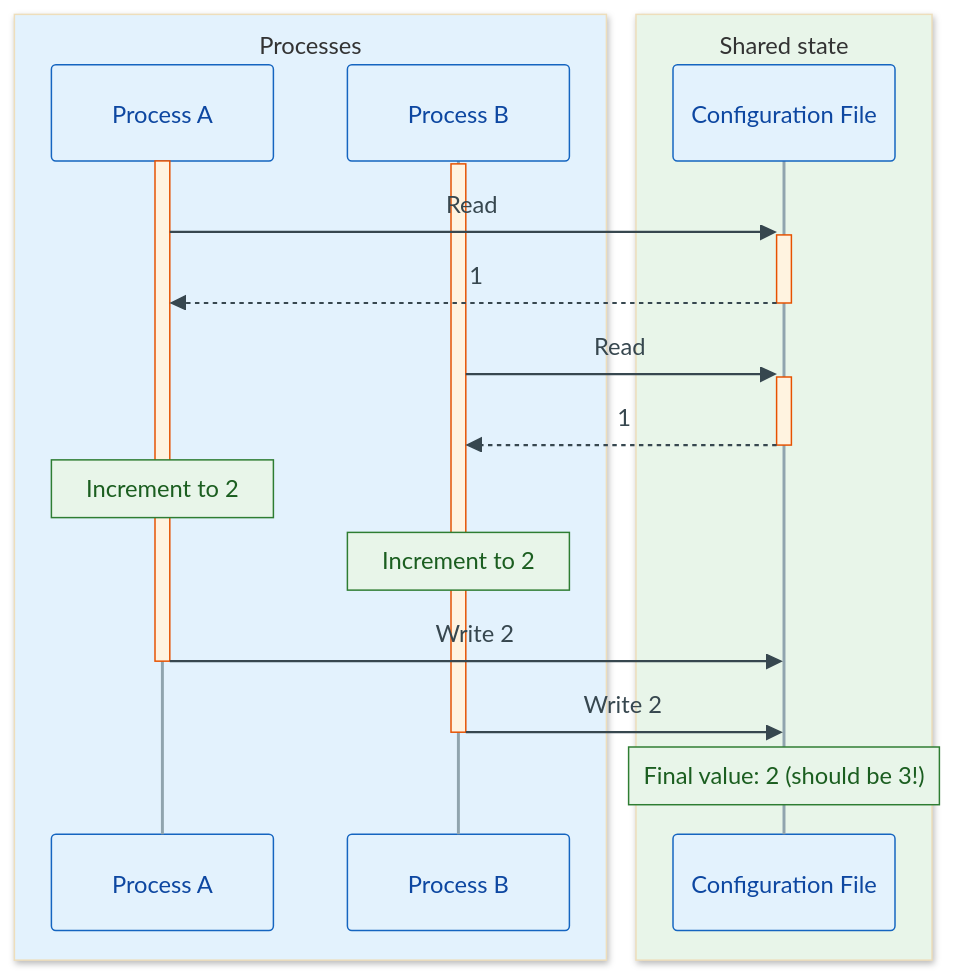
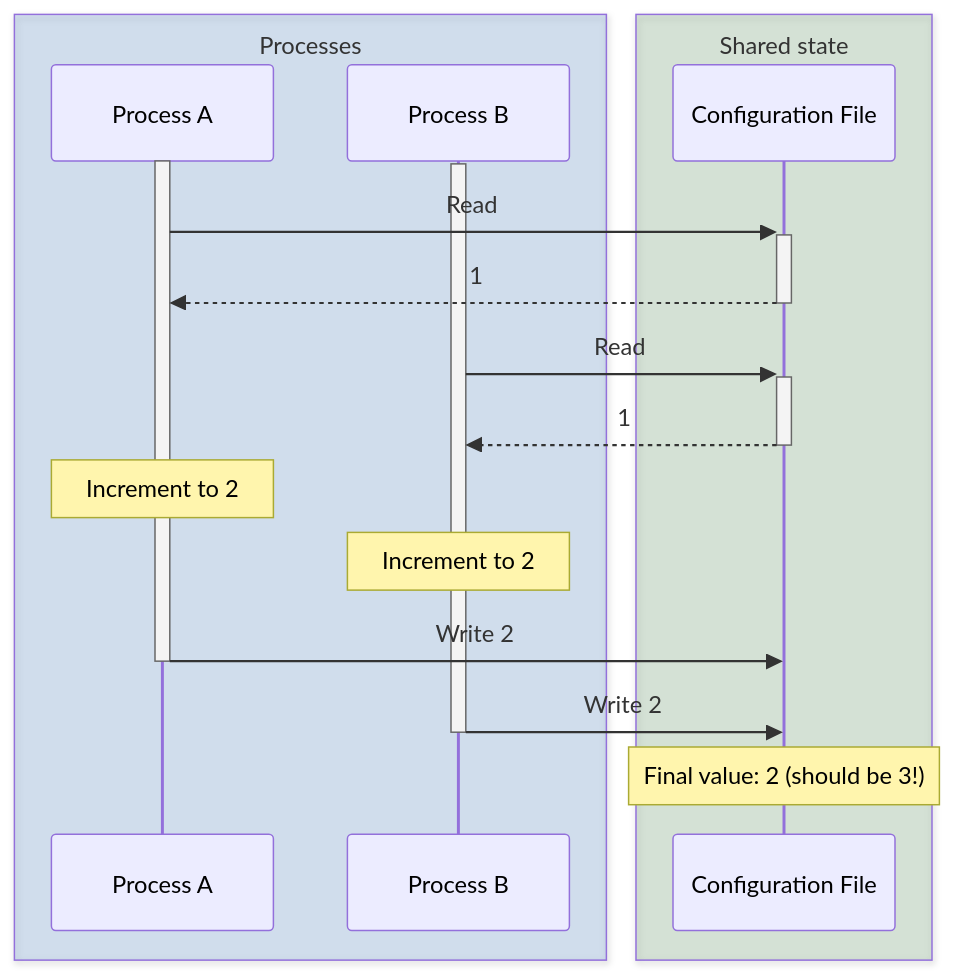
The first of 4 diagrams in docs/concepts.rst (tox-dev/filelock), drawn with Mermaid before and after one commit. The commit also changed other lines of this file and 5 other files, not shown here.

```diff
--- a/docs/concepts.rst
+++ b/docs/concepts.rst
@@ -17,24 +17,23 @@
 .. mermaid::
 
-    %%{init: {'theme':'base','themeVariables':{'actorBkg':'#e3f2fd','actorBorder':'#1565c0','actorTextColor':'#0d47a1','actorLineColor':'#90a4ae','activationBkgColor':'#fff3e0','activationBorderColor':'#e65100','noteBkgColor':'#e8f5e9','noteBorderColor':'#2e7d32','noteTextColor':'#1b5e20','signalColor':'#37474f','signalTextColor':'#37474f','labelBoxBkgColor':'#ede7f6','labelBoxBorderColor':'#4527a0','labelTextColor':'#311b92','loopTextColor':'#311b92'}}}%%
     sequenceDiagram
-        box rgb(227, 242, 253) Processes
+        box rgba(21, 101, 192, 0.16) Processes
             participant A as Process A
             participant B as Process B
         end
-        box rgb(232, 245, 233) Shared state
+        box rgba(46, 125, 50, 0.16) Shared state
             participant File as Configuration File
         end
         activate A
         activate B
         A->>+File: Read
         File-->>-A: 1
         B->>+File: Read
         File-->>-B: 1
         Note over A: Increment to 2
         Note over B: Increment to 2
         A->>File: Write 2
         deactivate A
         B->>File: Write 2
         deactivate B
         Note over File: Final value: 2 (should be 3!)
```
